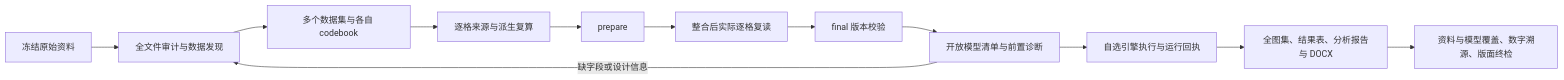
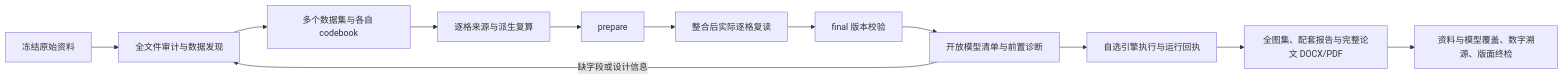
One commit to lybxkl/SPSS-Style-Charting-Skill changed the diagram in README.md. Above: the diagram before and after it, drawn with Mermaid. The commit also changed other lines of this file and 6 other files, not shown here.

````diff
--- a/README.md
+++ b/README.md
@@ -24,14 +26,14 @@
 ```mermaid
 flowchart LR
     A[冻结原始资料] --> B[全文件审计与数据发现]
     B --> C[多个数据集与各自 codebook]
     C --> D[逐格来源与派生复算]
     D --> E[prepare]
     E --> F[整合后实际逐格复读]
     F --> G[final 版本校验]
     G --> H[开放模型清单与前置诊断]
     H -->|缺字段或设计信息| B
     H --> I[自选引擎执行与运行回执]
-    I --> J[全图集、结果表、分析报告与 DOCX]
+    I --> J[全图集、配套报告与完整论文 DOCX/PDF]
     J --> K[资料与模型覆盖、数字溯源、版面终检]
 ```
````
